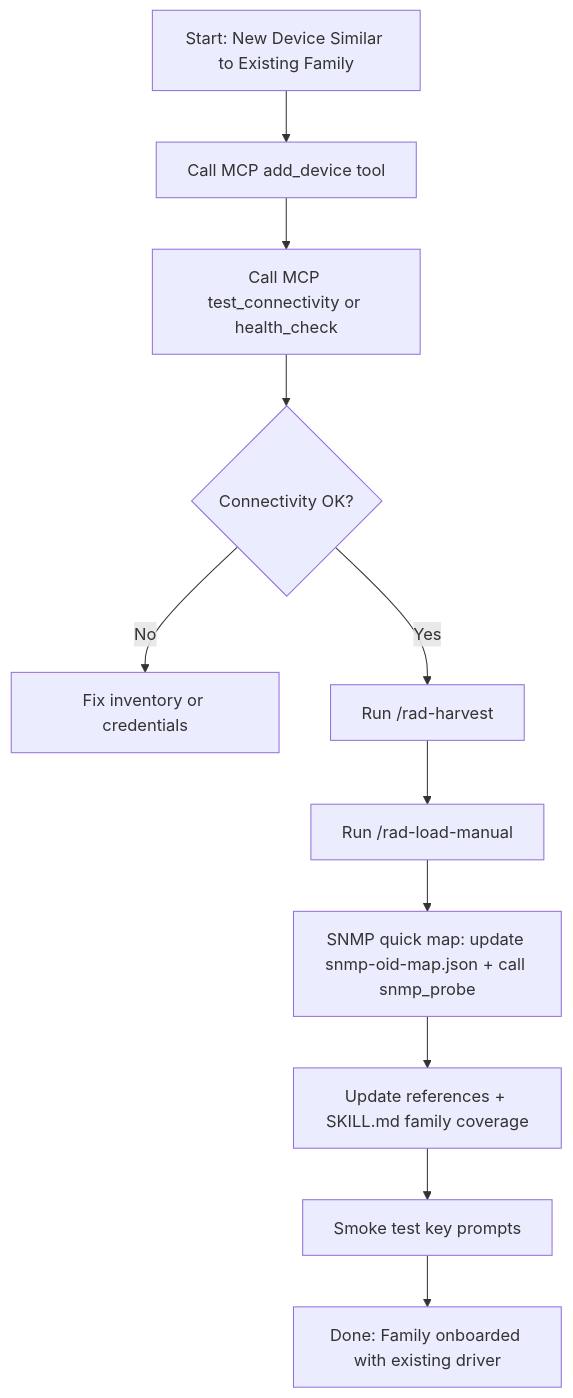
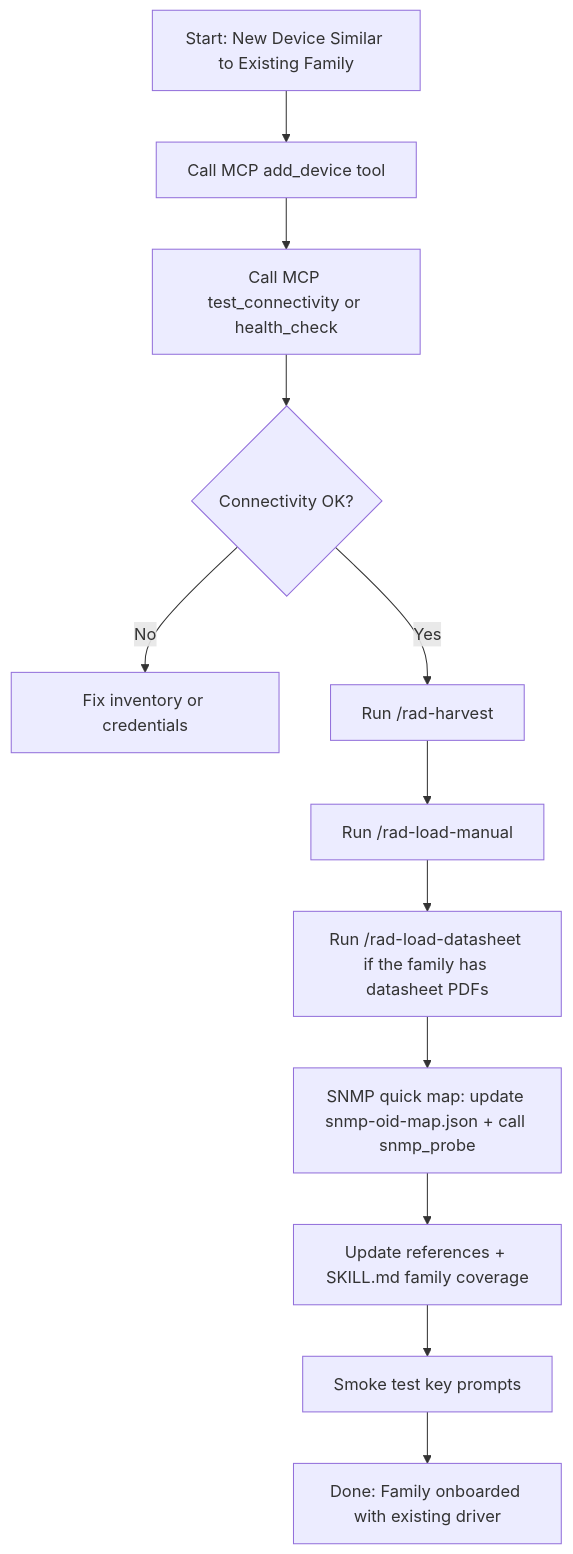
Before and after one commit to uzigolan/rad-agent-toolkit: the fifth of 13 diagrams in rad-mcp-server/docs/workflows.md, drawn with Mermaid. The commit also changed other lines of this file and 65 other files, not shown here.

````diff
--- a/rad-mcp-server/docs/workflows.md
+++ b/rad-mcp-server/docs/workflows.md
@@ -253,13 +256,14 @@
 ```mermaid
 flowchart TD
     F0[Start: New Device Similar to Existing Family] --> F1[Call MCP add_device tool]
     F1 --> F2[Call MCP test_connectivity or health_check]
     F2 --> F2Q{Connectivity OK?}
     F2Q -- No --> FX[Fix inventory or credentials]
     F2Q -- Yes --> F3[Run /rad-harvest]
     F3 --> F4[Run /rad-load-manual]
-    F4 --> F5[SNMP quick map: update snmp-oid-map.json + call snmp_probe]
+    F4 --> F4D[Run /rad-load-datasheet if the family has datasheet PDFs]
+    F4D --> F5[SNMP quick map: update snmp-oid-map.json + call snmp_probe]
     F5 --> F6[Update references + SKILL.md family coverage]
     F6 --> F7[Smoke test key prompts]
     F7 --> F8[Done: Family onboarded with existing driver]
 ```
````
